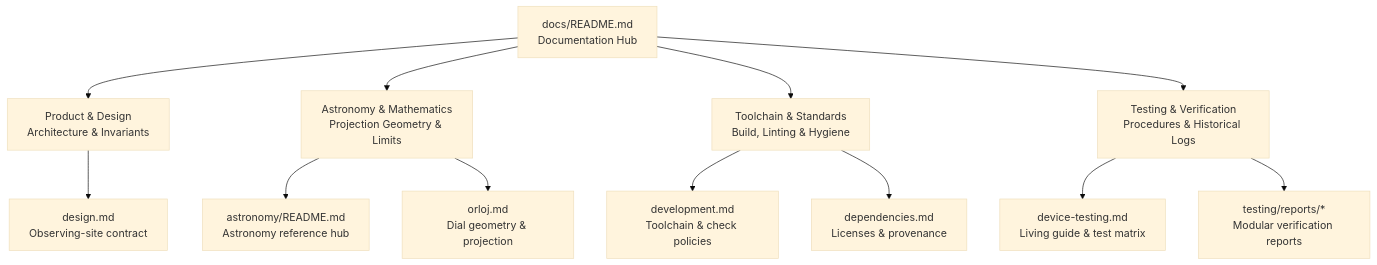
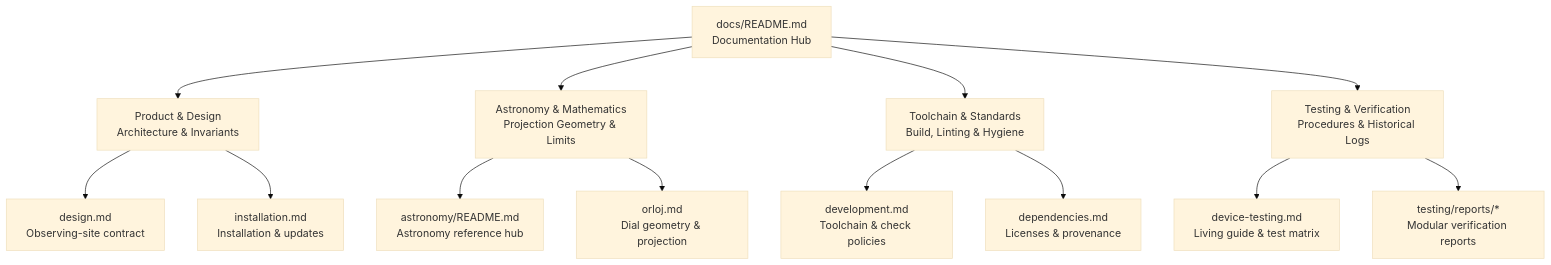
Before and after one commit to cmp0xff/astronomical-clocks-wallpaper: the diagram in docs/README.md, drawn with Mermaid (base theme). The commit also changed other lines of this file and 12 other files, not shown here.

````diff
--- a/docs/README.md
+++ b/docs/README.md
@@ -7,24 +7,25 @@
 ```mermaid
 graph TD
     DocsHub["docs/README.md<br/>Documentation Hub"]
     Design["Product & Design<br/>Architecture & Invariants"]
     Astronomy["Astronomy & Mathematics<br/>Projection Geometry & Limits"]
     Dev["Toolchain & Standards<br/>Build, Linting & Hygiene"]
     Testing["Testing & Verification<br/>Procedures & Historical Logs"]
     
     DocsHub --> Design
     DocsHub --> Astronomy
     DocsHub --> Dev
     DocsHub --> Testing
 
     Design --> D1["design.md<br/>Observing-site contract"]
+    Design --> D2["installation.md<br/>Installation & updates"]
 
     Astronomy --> A1["astronomy/README.md<br/>Astronomy reference hub"]
     Astronomy --> A2["orloj.md<br/>Dial geometry & projection"]
 
     Dev --> V1["development.md<br/>Toolchain & check policies"]
     Dev --> V2["dependencies.md<br/>Licenses & provenance"]
 
     Testing --> T1["device-testing.md<br/>Living guide & test matrix"]
     Testing --> T2["testing/reports/*<br/>Modular verification reports"]
 ```
````
